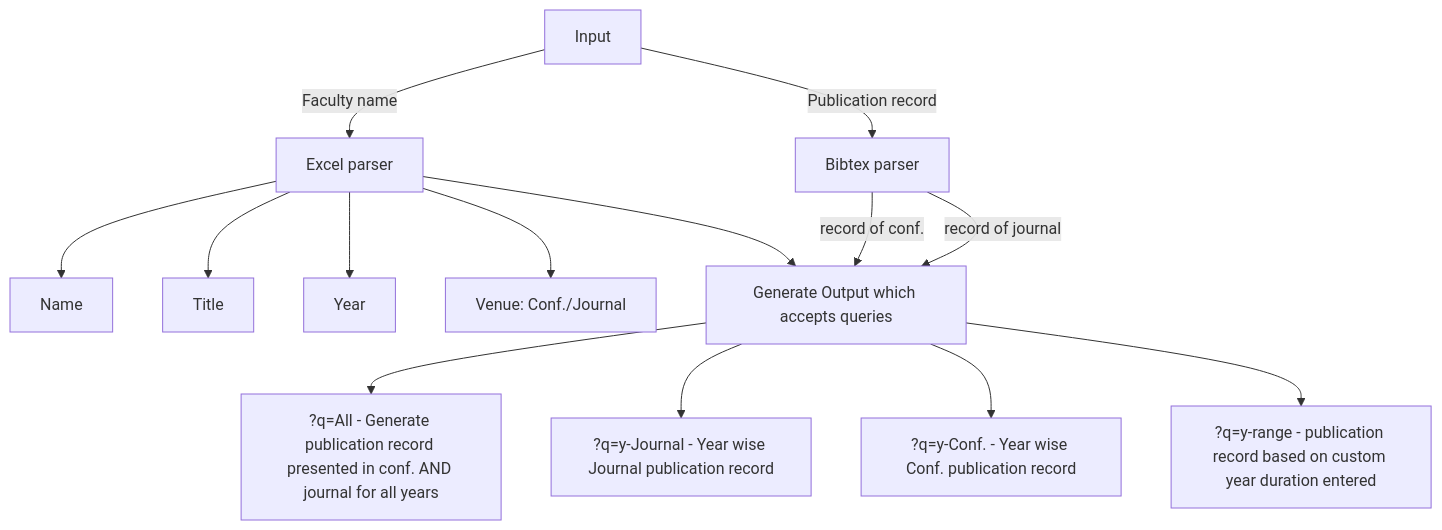
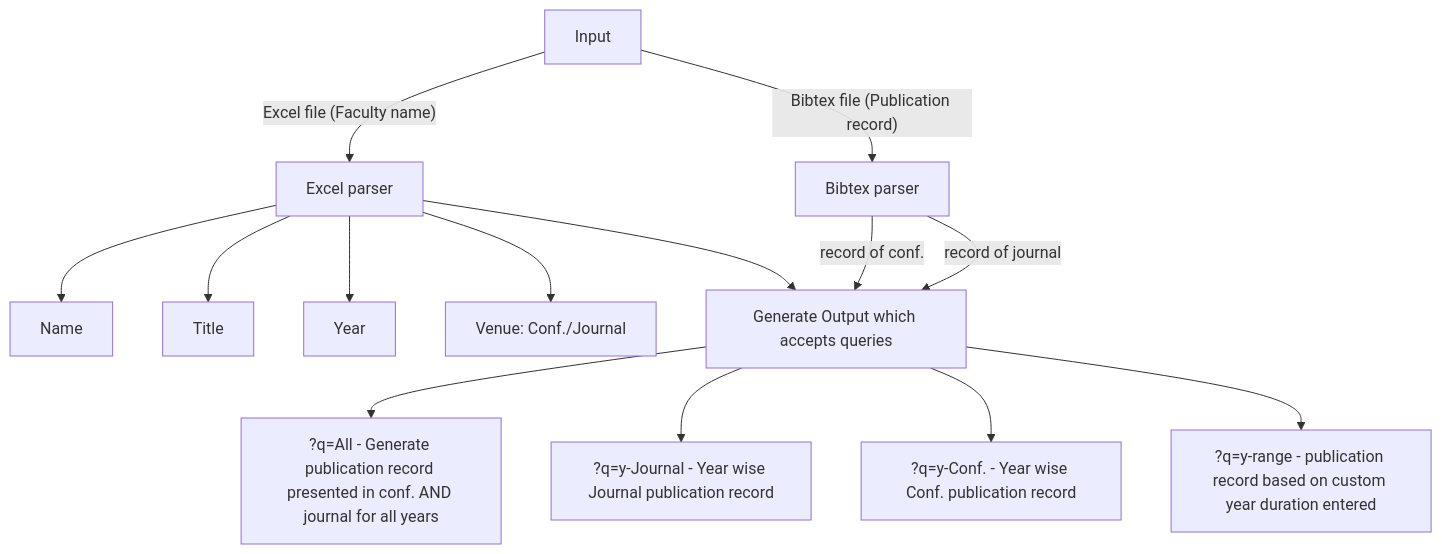
The diagram in README.md (Colluded-Projects/pub_collectors), drawn with Mermaid before and after one commit.

````diff
--- a/README.md
+++ b/README.md
@@ -16,16 +16,16 @@
 ```mermaid
 graph TD
-    A[Input] -- Faculty name --> B[Excel parser]
-    A[Input] -- Publication record --> C[Bibtex parser]
+    A[Input] -- Excel file (Faculty name) --> B[Excel parser]
+    A[Input] --Bibtex file (Publication record) --> C[Bibtex parser]
     B --> D[Name]
     B --> E[Title]
     B --> F[Year]
     B --> G[Venue: Conf./Journal]
     B --> H[Generate Output which accepts queries]
     C -- record of conf. --> H[Generate Output which accepts queries]
     C -- record of journal --> H[Generate Output which accepts queries]
     H --> I[?q=All - Generate publication record presented in conf. AND journal for all years]
     H --> J[?q=y-Journal - Year wise Journal publication record]
     H --> K[?q=y-Conf. - Year wise Conf. publication record]
     H --> L[?q=y-range - publication record based on custom year duration entered]
 ```
````
